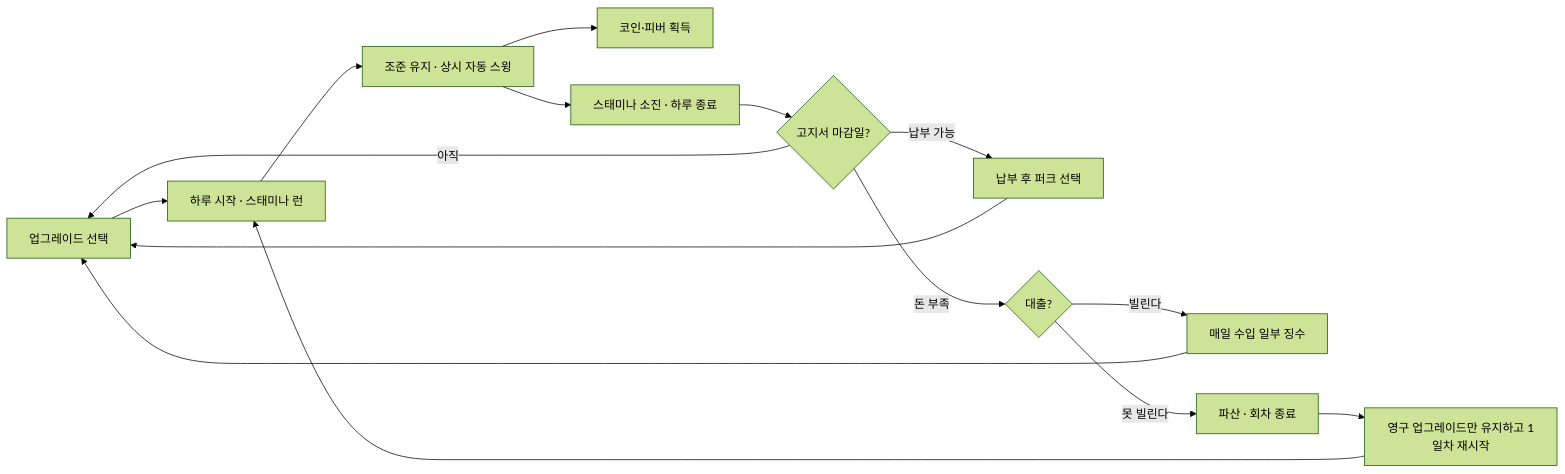
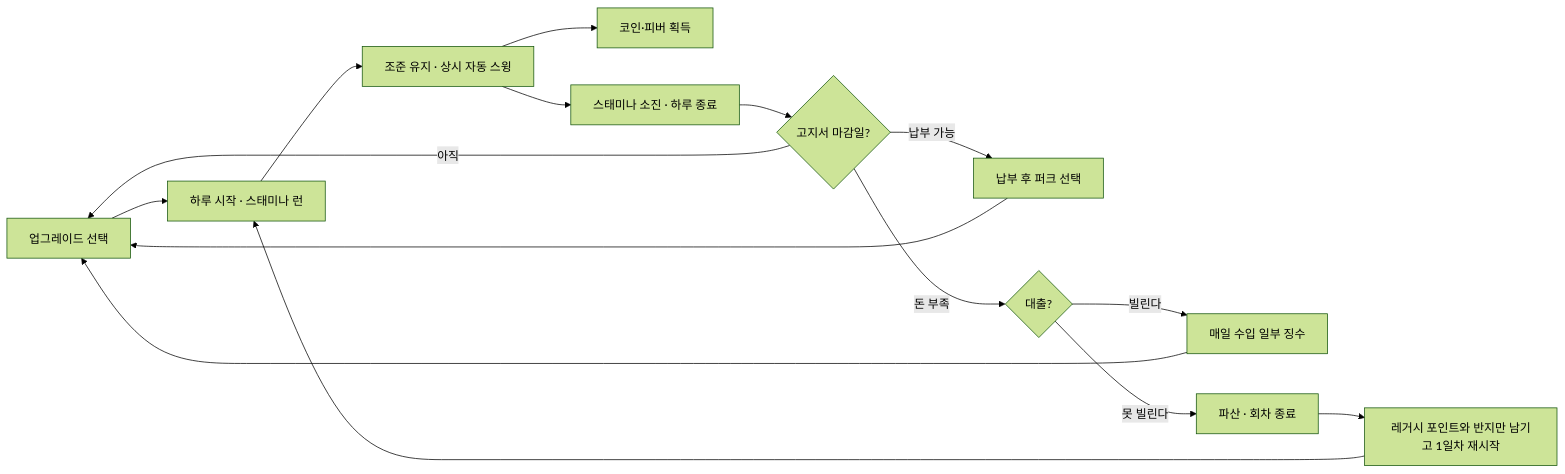
One commit to KDNA-Gwangju-1/NCAIClicker changed the diagram in docs/GDD.md. Above: the diagram before and after it, drawn with Mermaid (forest theme). The commit also changed other lines of this file and 1 other file, not shown here.

````diff
--- a/docs/GDD.md
+++ b/docs/GDD.md
@@ -56,17 +56,17 @@
 ```mermaid
 flowchart LR
     A[업그레이드 선택] --> B[하루 시작 · 스태미나 런]
     B --> C[조준 유지 · 상시 자동 스윙]
     C --> D[코인·피버 획득]
     C --> E[스태미나 소진 · 하루 종료]
     E --> G{고지서 마감일?}
     G -->|아직| A
     G -->|납부 가능| H[납부 후 퍼크 선택]
     G -->|돈 부족| I{대출?}
     I -->|빌린다| J[매일 수입 일부 징수]
     I -->|못 빌린다| K[파산 · 회차 종료]
     H --> A
     J --> A
-    K --> L[영구 업그레이드만 유지하고 1일차 재시작]
+    K --> L[레거시 포인트와 반지만 남기고 1일차 재시작]
     L --> B
 ```
````
